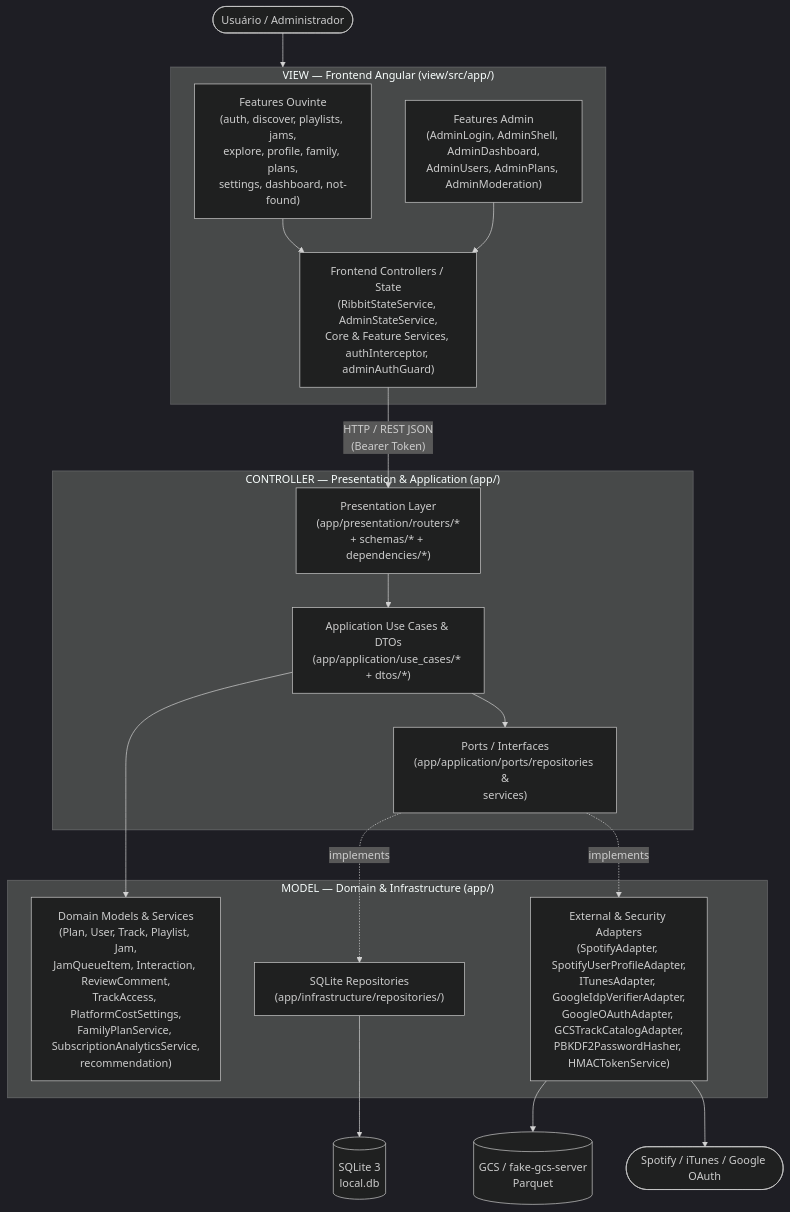
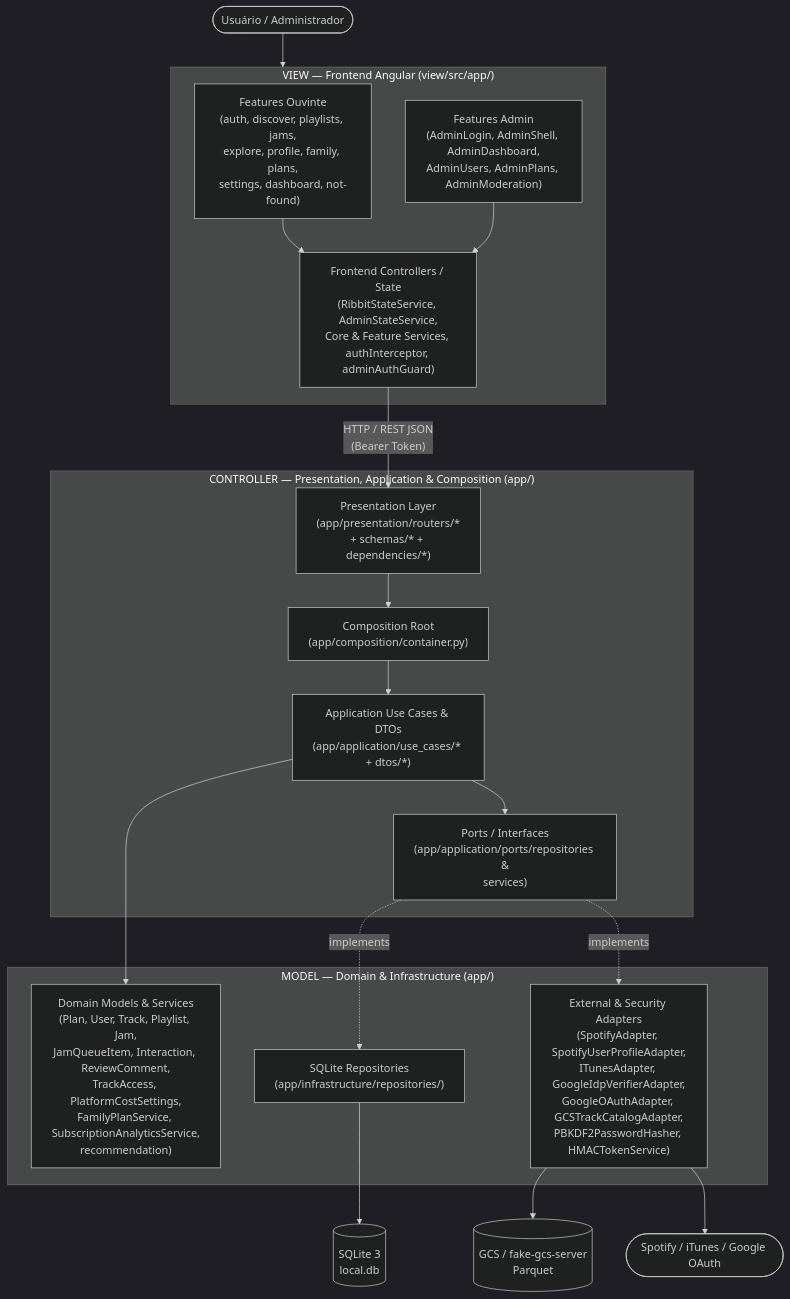
One commit to gabrielGAGRA/Ribbit-music-api-app changed the first of 3 diagrams in README.md. Above: the diagram before and after it, drawn with Mermaid (dark theme). The commit also changed other lines of this file and 13 other files, not shown here.

````diff
--- a/README.md
+++ b/README.md
@@ -275,35 +294,37 @@
 ```mermaid
 flowchart TB
     User([Usuário / Administrador]) --> View
 
     subgraph View["VIEW — Frontend Angular (view/src/app/)"]
         ListenerUI["Features Ouvinte<br/>(auth, discover, playlists, jams,<br/>explore, profile, family, plans,<br/>settings, dashboard, not-found)"]
         AdminUI["Features Admin<br/>(AdminLogin, AdminShell, AdminDashboard,<br/>AdminUsers, AdminPlans, AdminModeration)"]
         FEController["Frontend Controllers / State<br/>(RibbitStateService, AdminStateService,<br/>Core & Feature Services, authInterceptor, adminAuthGuard)"]
         ListenerUI --> FEController
         AdminUI --> FEController
     end
 
     FEController -->|"HTTP / REST JSON<br/>(Bearer Token)"| Presentation
 
-    subgraph Controller["CONTROLLER — Presentation & Application (app/)"]
+    subgraph Controller["CONTROLLER — Presentation, Application & Composition (app/)"]
         Presentation["Presentation Layer<br/>(app/presentation/routers/*<br/>+ schemas/* + dependencies/*)"]
+        Composition["Composition Root<br/>(app/composition/container.py)"]
         UseCases["Application Use Cases & DTOs<br/>(app/application/use_cases/* + dtos/*)"]
         Ports["Ports / Interfaces<br/>(app/application/ports/repositories &<br/>services)"]
-        Presentation --> UseCases
+        Presentation --> Composition
+        Composition --> UseCases
         UseCases --> Ports
     end
 
     subgraph Model["MODEL — Domain & Infrastructure (app/)"]
         Domain["Domain Models & Services<br/>(Plan, User, Track, Playlist, Jam,<br/>JamQueueItem, Interaction, ReviewComment,<br/>TrackAccess, PlatformCostSettings,<br/>FamilyPlanService, SubscriptionAnalyticsService,<br/>recommendation)"]
         SQLiteRepo["SQLite Repositories<br/>(app/infrastructure/repositories/)"]
         ExtAdapters["External & Security Adapters<br/>(SpotifyAdapter, SpotifyUserProfileAdapter,<br/>ITunesAdapter, GoogleIdpVerifierAdapter,<br/>GoogleOAuthAdapter, GCSTrackCatalogAdapter,<br/>PBKDF2PasswordHasher, HMACTokenService)"]
         UseCases --> Domain
         Ports -.->|implements| SQLiteRepo
         Ports -.->|implements| ExtAdapters
     end
 
     SQLiteRepo --> DB[(SQLite 3<br/>local.db)]
     ExtAdapters --> GCS[(GCS / fake-gcs-server<br/>Parquet)]
     ExtAdapters --> ExtAPIs([Spotify / iTunes / Google OAuth])
 ```
````
